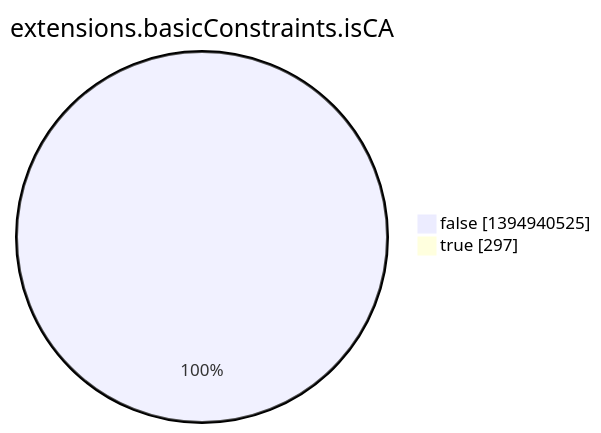
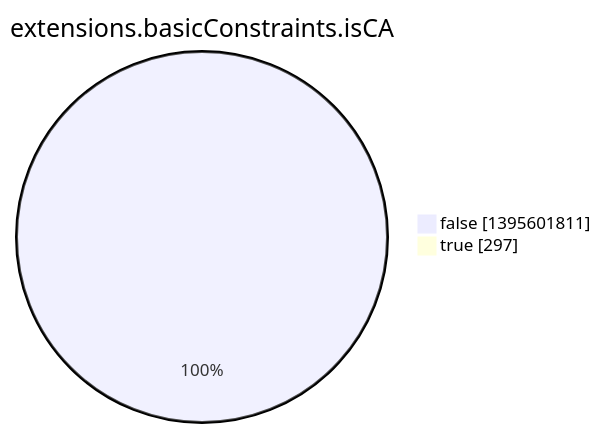
The eighth of 15 diagrams in argon2022/README.md (christiankrug/ctmonitor_visualization), drawn with Mermaid before and after one commit. The commit also changed other lines of this file, not shown here.

````diff
--- a/argon2022/README.md
+++ b/argon2022/README.md
@@ -2759,6 +2759,6 @@
 ```mermaid
 pie showData
 title extensions.basicConstraints.isCA
-"false" :1394940525
+"false" :1395601811
 "true" :297
 ```
````
